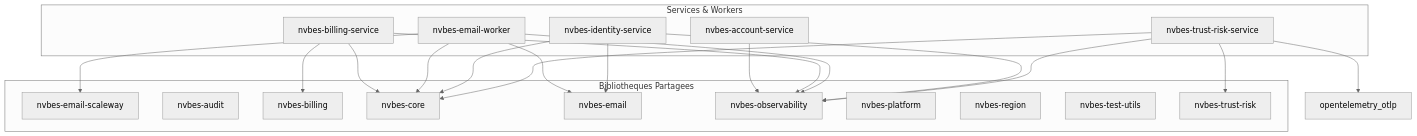
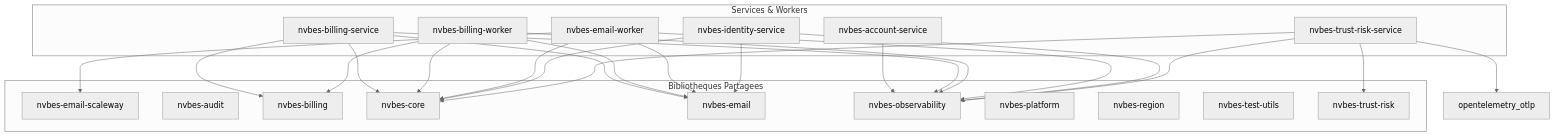
The diagram in docs/generated/catalogs/architecture-matrix.md (nvbes-org/nvbes), drawn with Mermaid (neutral theme) before and after one commit. The commit also changed 44 other files, not shown here.

````diff
--- a/docs/generated/catalogs/architecture-matrix.md
+++ b/docs/generated/catalogs/architecture-matrix.md
@@ -10,39 +10,45 @@
 ```mermaid
 flowchart TD
     subgraph Applications ["Services & Workers"]
         nvbes_account_service["nvbes-account-service"]
         nvbes_billing_service["nvbes-billing-service"]
+        nvbes_billing_worker["nvbes-billing-worker"]
         nvbes_email_worker["nvbes-email-worker"]
         nvbes_identity_service["nvbes-identity-service"]
         nvbes_trust_risk_service["nvbes-trust-risk-service"]
     end
 
     subgraph Libraries ["Bibliotheques Partagees"]
         nvbes_email_scaleway["nvbes-email-scaleway"]
         nvbes_audit["nvbes-audit"]
         nvbes_billing["nvbes-billing"]
         nvbes_core["nvbes-core"]
         nvbes_email["nvbes-email"]
         nvbes_observability["nvbes-observability"]
         nvbes_platform["nvbes-platform"]
         nvbes_region["nvbes-region"]
         nvbes_test_utils["nvbes-test-utils"]
         nvbes_trust_risk["nvbes-trust-risk"]
     end
 
     nvbes_account_service --> nvbes_observability
     nvbes_billing_service --> nvbes_billing
     nvbes_billing_service --> nvbes_core
+    nvbes_billing_service --> nvbes_email
     nvbes_billing_service --> nvbes_observability
+    nvbes_billing_worker --> nvbes_billing
+    nvbes_billing_worker --> nvbes_core
+    nvbes_billing_worker --> nvbes_email
+    nvbes_billing_worker --> nvbes_observability
     nvbes_email_worker --> nvbes_core
     nvbes_email_worker --> nvbes_email
     nvbes_email_worker --> nvbes_email_scaleway
     nvbes_email_worker --> nvbes_observability
     nvbes_identity_service --> nvbes_core
     nvbes_identity_service --> nvbes_email
     nvbes_identity_service --> nvbes_observability
     nvbes_trust_risk_service --> nvbes_core
     nvbes_trust_risk_service --> nvbes_observability
     nvbes_trust_risk_service --> nvbes_trust_risk
     nvbes_trust_risk_service --> opentelemetry_otlp
 ```
````
